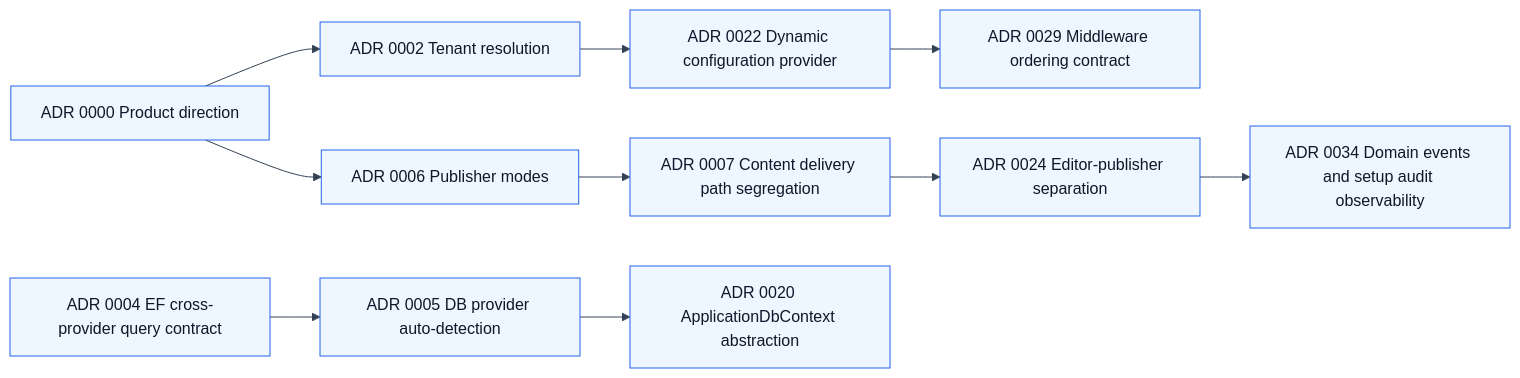
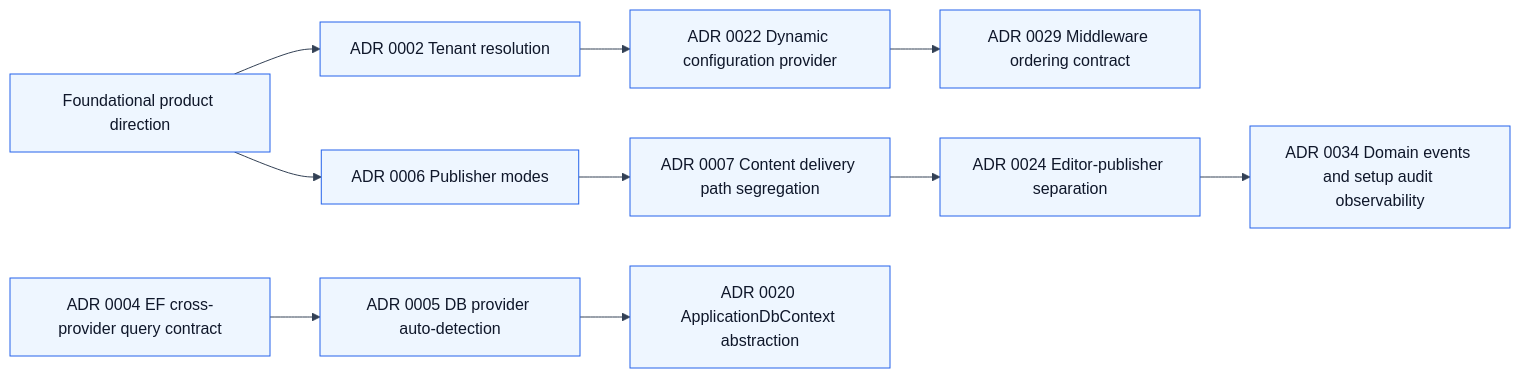
Before and after one commit to CWALabs/SkyCMS.Docs: the diagram in for-developers/architecture-decision-records.md, drawn with Mermaid. The commit also changed other lines of this file, not shown here.

Commit message:
docs: update ADR index by removing outdated entry and adding new records for file explorer modernization and layout terminology standardization

````diff
--- a/for-developers/architecture-decision-records.md
+++ b/for-developers/architecture-decision-records.md
@@ -96,13 +101,13 @@
 ```mermaid
 %%{init: {"theme":"base","themeVariables":{"primaryColor":"#eef6ff","primaryTextColor":"#0f172a","primaryBorderColor":"#2563eb","lineColor":"#334155","secondaryColor":"#f8fafc","tertiaryColor":"#ffffff","fontFamily":"Segoe UI, Arial, sans-serif"}}}%%
 flowchart LR
-  ADR0000[ADR 0000 Product direction] --> ADR0002[ADR 0002 Tenant resolution]
-  ADR0000 --> ADR0006[ADR 0006 Publisher modes]
+  ROOT[Foundational product direction] --> ADR0002[ADR 0002 Tenant resolution]
+  ROOT --> ADR0006[ADR 0006 Publisher modes]
   ADR0002 --> ADR0022[ADR 0022 Dynamic configuration provider]
   ADR0022 --> ADR0029[ADR 0029 Middleware ordering contract]
   ADR0004[ADR 0004 EF cross-provider query contract] --> ADR0005[ADR 0005 DB provider auto-detection]
   ADR0005 --> ADR0020[ADR 0020 ApplicationDbContext abstraction]
   ADR0006 --> ADR0007[ADR 0007 Content delivery path segregation]
   ADR0007 --> ADR0024[ADR 0024 Editor-publisher separation]
   ADR0024 --> ADR0034[ADR 0034 Domain events and setup audit observability]
 ```
````
